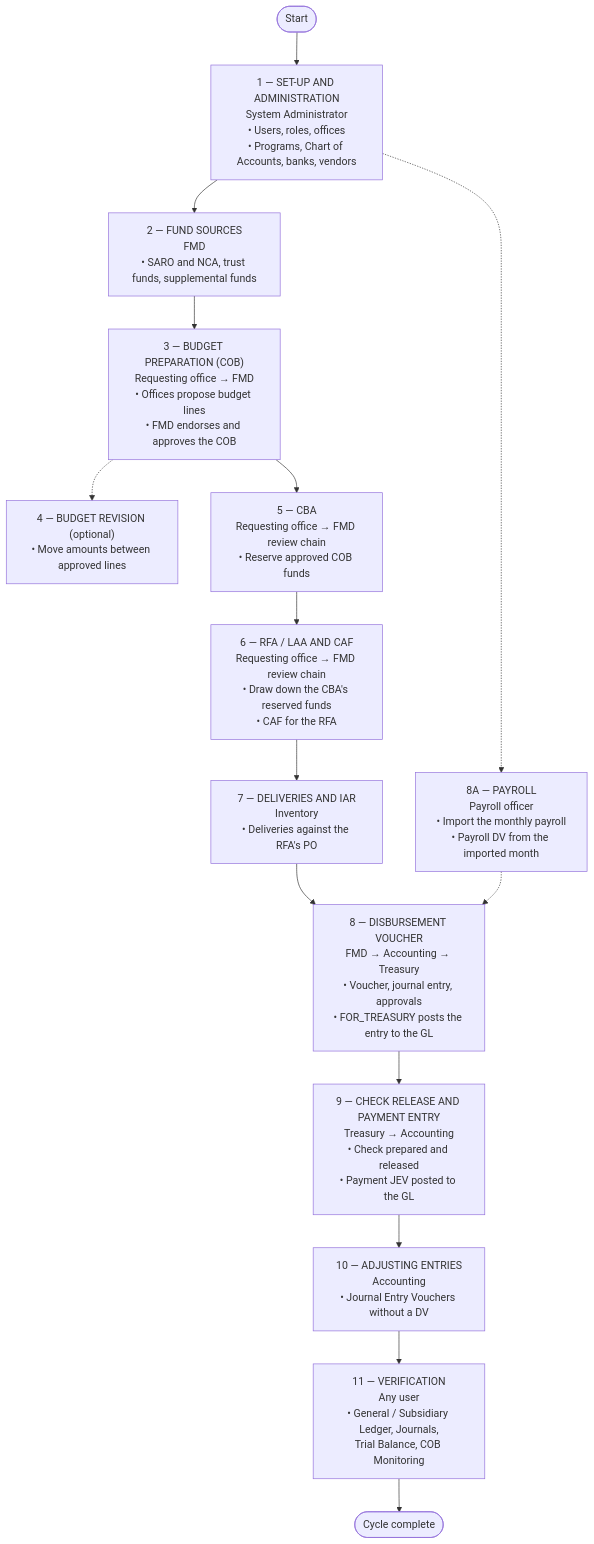
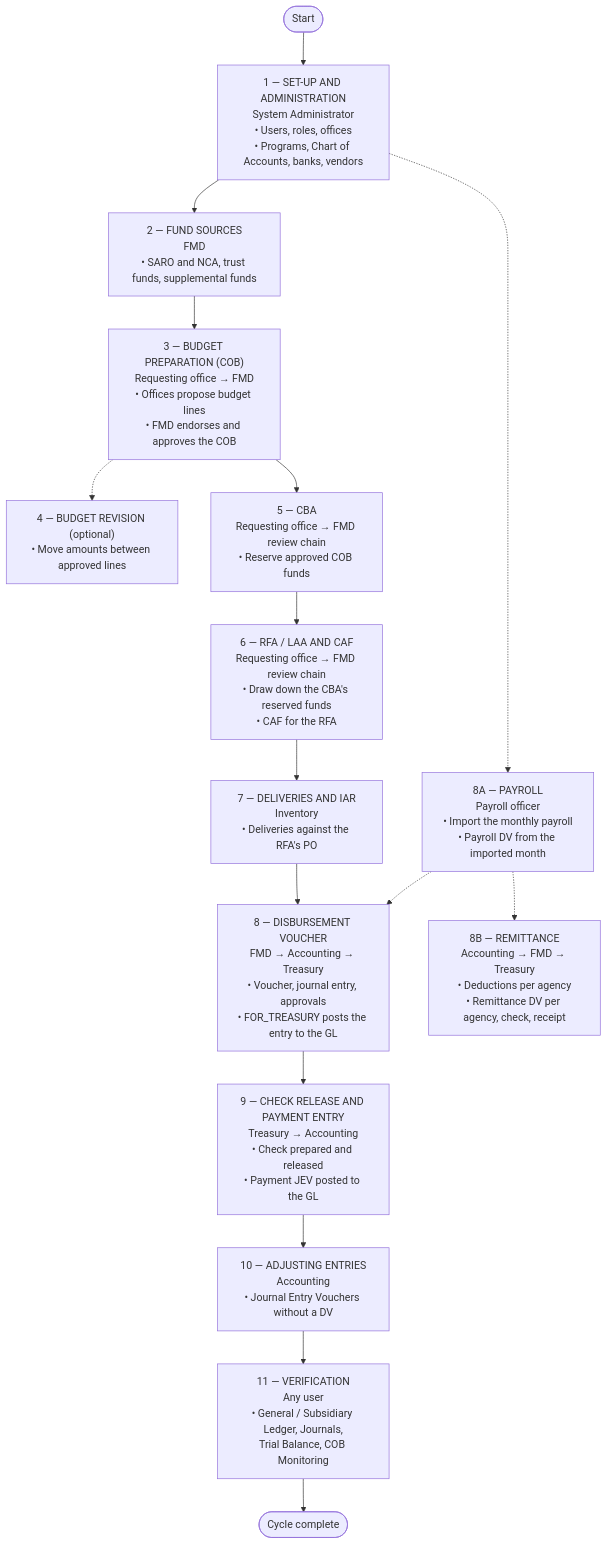
The first of 14 diagrams in system_docs/process-flow/PROCESS-FLOW.md (A-team-ITBS/fims-nha), drawn with Mermaid before and after one commit. The commit also changed other lines of this file and 11 other files, not shown here.

First line of the commit message:
feat: Pay payroll remittances through a Remittance DV; restore ERD sections lost in merge

````diff
--- a/system_docs/process-flow/PROCESS-FLOW.md
+++ b/system_docs/process-flow/PROCESS-FLOW.md
@@ -70,17 +71,18 @@
 ```mermaid
 flowchart TD
     START(["Start"]) --> A["1 — SET-UP AND ADMINISTRATION<br/>System Administrator<br/>• Users, roles, offices<br/>• Programs, Chart of Accounts, banks, vendors"]
     A --> FS["2 — FUND SOURCES<br/>FMD<br/>• SARO and NCA, trust funds, supplemental funds"]
     FS --> B["3 — BUDGET PREPARATION (COB)<br/>Requesting office → FMD<br/>• Offices propose budget lines<br/>• FMD endorses and approves the COB"]
     B -.-> REV["4 — BUDGET REVISION (optional)<br/>• Move amounts between approved lines"]
     B --> C["5 — CBA<br/>Requesting office → FMD review chain<br/>• Reserve approved COB funds"]
     C --> D["6 — RFA / LAA AND CAF<br/>Requesting office → FMD review chain<br/>• Draw down the CBA's reserved funds<br/>• CAF for the RFA"]
     D --> IAR["7 — DELIVERIES AND IAR<br/>Inventory<br/>• Deliveries against the RFA's PO"]
     A -.-> PR["8A — PAYROLL<br/>Payroll officer<br/>• Import the monthly payroll<br/>• Payroll DV from the imported month"]
     PR -.-> E
+    PR -.-> RM["8B — REMITTANCE<br/>Accounting → FMD → Treasury<br/>• Deductions per agency<br/>• Remittance DV per agency, check, receipt"]
     IAR --> E["8 — DISBURSEMENT VOUCHER<br/>FMD → Accounting → Treasury<br/>• Voucher, journal entry, approvals<br/>• FOR_TREASURY posts the entry to the GL"]
     E --> F["9 — CHECK RELEASE AND PAYMENT ENTRY<br/>Treasury → Accounting<br/>• Check prepared and released<br/>• Payment JEV posted to the GL"]
     F --> J["10 — ADJUSTING ENTRIES<br/>Accounting<br/>• Journal Entry Vouchers without a DV"]
     J --> V["11 — VERIFICATION<br/>Any user<br/>• General / Subsidiary Ledger, Journals,<br/>Trial Balance, COB Monitoring"]
     V --> END(["Cycle complete"])
 ```
````
